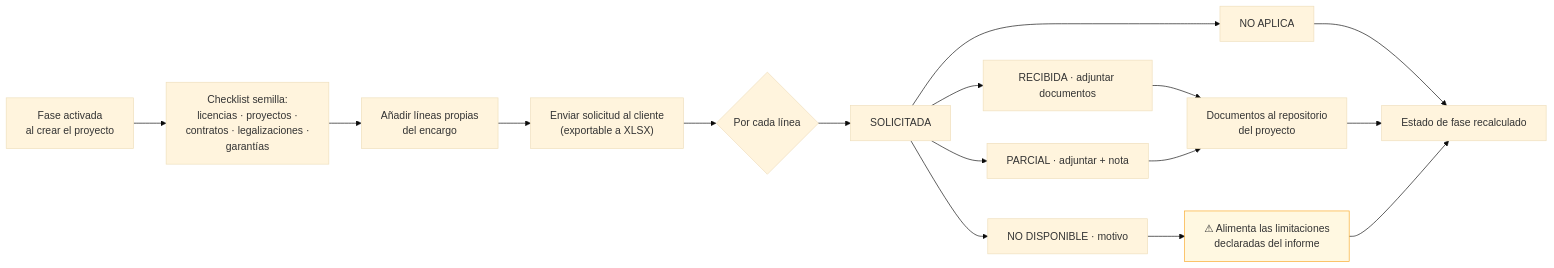
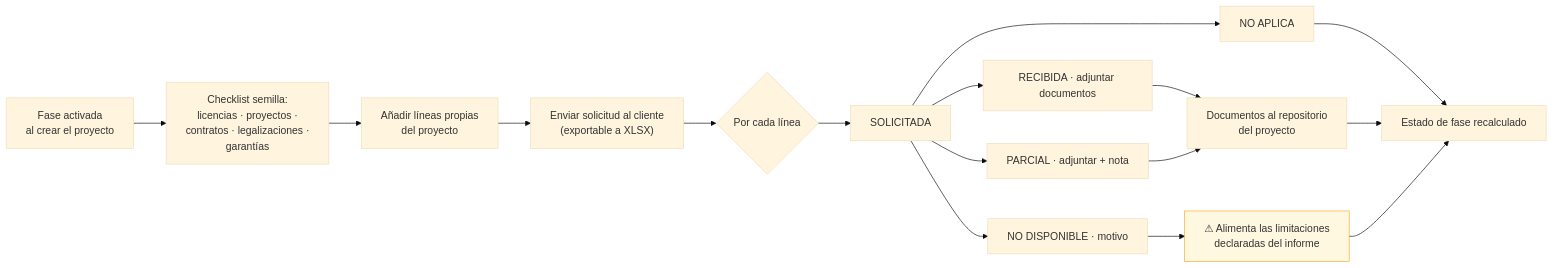
One commit to fercascos/PruebaTDD changed the eighth of 11 diagrams in docs/02-alcance-y-flujos.md. Above: the diagram before and after it, drawn with Mermaid (base theme). The commit also changed other lines of this file and 69 other files, not shown here.

````diff
--- a/docs/02-alcance-y-flujos.md
+++ b/docs/02-alcance-y-flujos.md
@@ -491,20 +491,20 @@
 ```mermaid
 flowchart LR
     A["Fase activada<br/>al crear el proyecto"] --> B["Checklist semilla:<br/>licencias · proyectos ·<br/>contratos · legalizaciones ·<br/>garantías"]
-    B --> C["Añadir líneas propias<br/>del encargo"]
+    B --> C["Añadir líneas propias<br/>del proyecto"]
     C --> D["Enviar solicitud al cliente<br/>(exportable a XLSX)"]
     D --> E{"Por cada línea"}
     E --> F["SOLICITADA"]
     F --> G["RECIBIDA · adjuntar documentos"]
     F --> H["PARCIAL · adjuntar + nota"]
     F --> I["NO DISPONIBLE · motivo"]
     F --> J["NO APLICA"]
     G --> K["Documentos al repositorio<br/>del proyecto"]
     H --> K
     I --> L["⚠ Alimenta las limitaciones<br/>declaradas del informe"]
     J --> M["Estado de fase recalculado"]
     K --> M
     L --> M
 
     style L fill:#fff8e1,stroke:#f9a825
 ```
````
